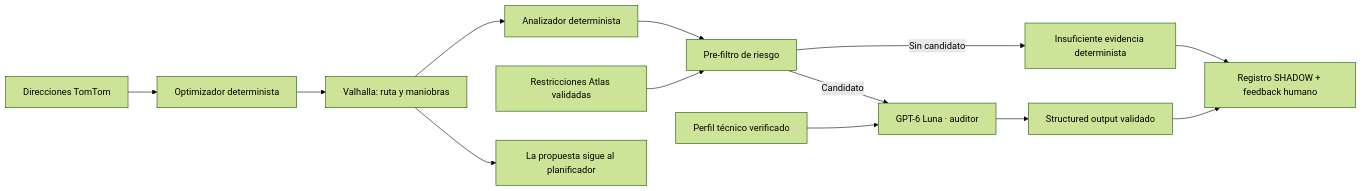
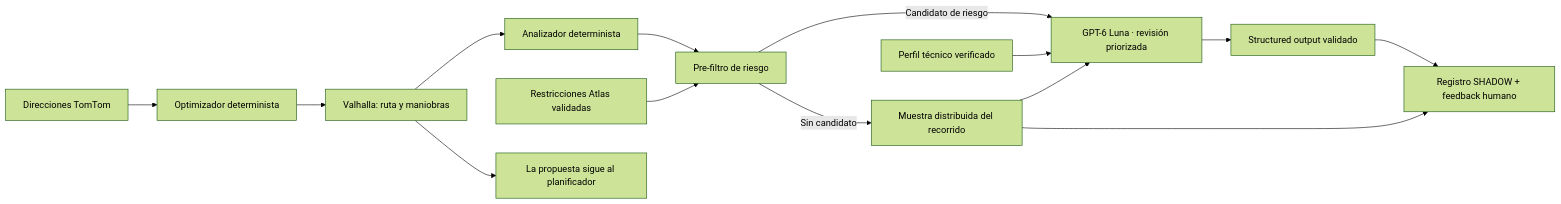
The diagram in docs/operations-control-tower/ATLAS_ROUTE_INTELLIGENCE.md (maxcontrerasrey-spec/app_test_1), drawn with Mermaid (forest theme) before and after one commit. The commit also changed other lines of this file and 9 other files, not shown here.

````diff
--- a/docs/operations-control-tower/ATLAS_ROUTE_INTELLIGENCE.md
+++ b/docs/operations-control-tower/ATLAS_ROUTE_INTELLIGENCE.md
@@ -11,15 +11,16 @@
 ```mermaid
 flowchart LR
   A[Direcciones TomTom] --> B[Optimizador determinista]
   B --> C[Valhalla: ruta y maniobras]
   C --> D[Analizador determinista]
   D --> E[Pre-filtro de riesgo]
-  E -->|Sin candidato| F[Insuficiente evidencia determinista]
-  E -->|Candidato| G[GPT-6 Luna · auditor]
+  E -->|Candidato de riesgo| G[GPT-6 Luna · revisión priorizada]
+  E -->|Sin candidato| F[Muestra distribuida del recorrido]
+  F --> G
   H[Perfil técnico verificado] --> G
   I[Restricciones Atlas validadas] --> E
   G --> J[Structured output validado]
   F --> K[Registro SHADOW + feedback humano]
   J --> K
   C --> L[La propuesta sigue al planificador]
 ```
````
